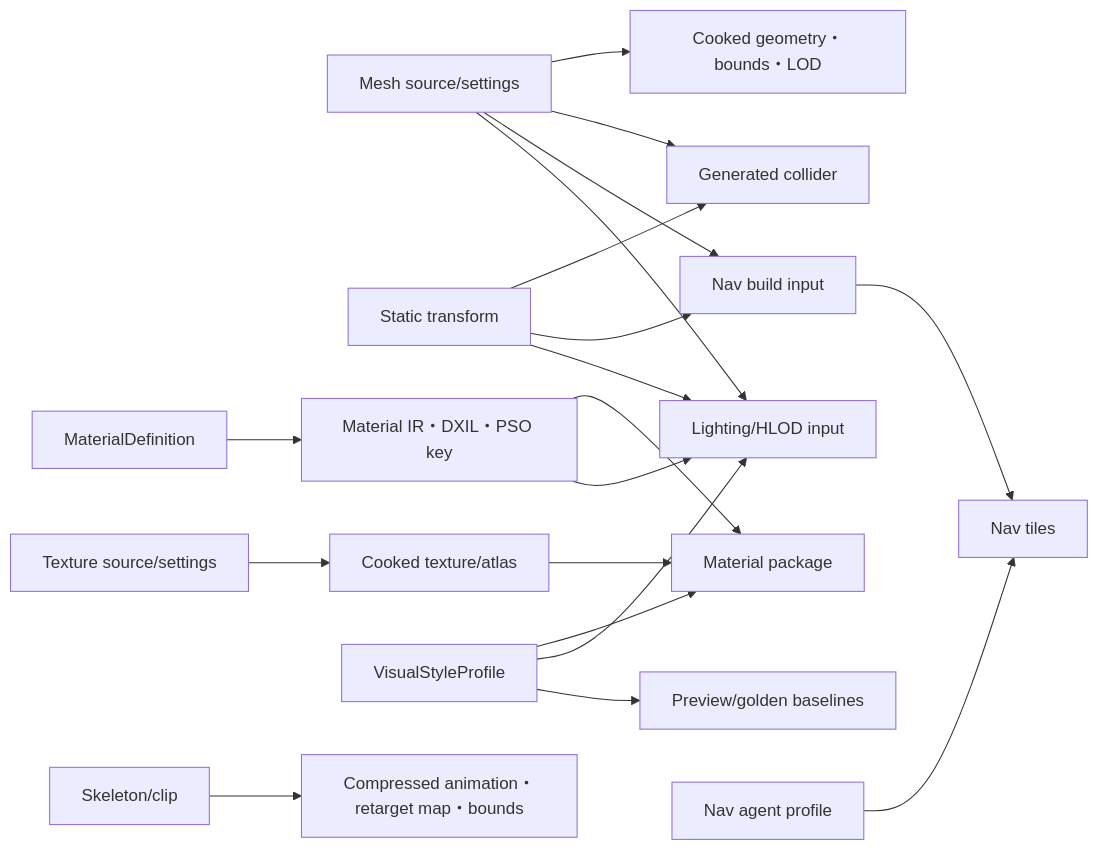
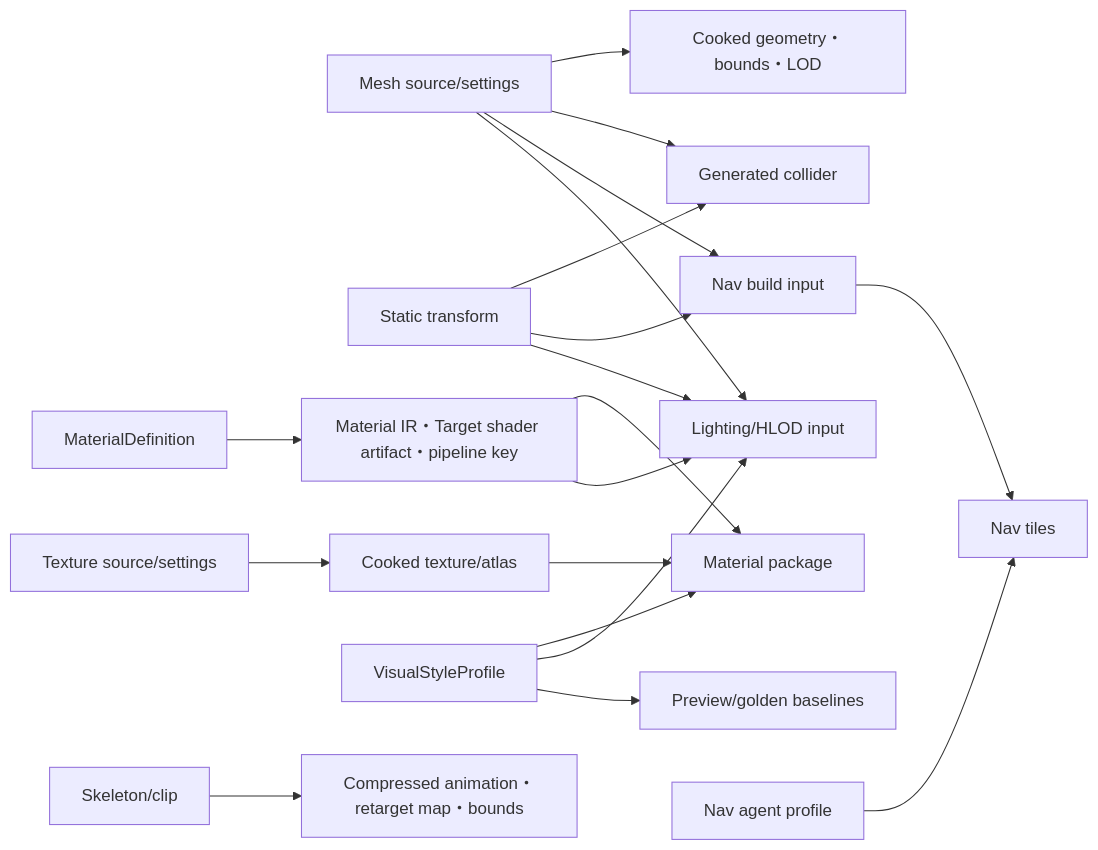
One commit to y2ikgm89/miraikanai-engine changed the second of 2 diagrams in docs/superpowers/specs/2026-07-19-runtime-integration-lifetime-performance-design.md. Above: the diagram before and after it, drawn with Mermaid. The commit also changed other lines of this file and 4 other files, not shown here.

Commit message:
docs: define Android and Apple mobile platform architecture

````diff
--- a/docs/superpowers/specs/2026-07-19-runtime-integration-lifetime-performance-design.md
+++ b/docs/superpowers/specs/2026-07-19-runtime-integration-lifetime-performance-design.md
@@ -618,21 +637,21 @@
 ```mermaid
 flowchart LR
   Mesh["Mesh source/settings"] --> CookedMesh["Cooked geometry・bounds・LOD"]
   Mesh --> Collider["Generated collider"]
   Mesh --> NavInput["Nav build input"]
   Mesh --> Lighting["Lighting/HLOD input"]
   StaticTransform["Static transform"] --> Collider
   StaticTransform --> NavInput
   StaticTransform --> Lighting
   Texture["Texture source/settings"] --> CookedTexture["Cooked texture/atlas"]
   CookedTexture --> MaterialPkg["Material package"]
-  Material["MaterialDefinition"] --> MaterialIR["Material IR・DXIL・PSO key"]
+  Material["MaterialDefinition"] --> MaterialIR["Material IR・Target shader artifact・pipeline key"]
   MaterialIR --> MaterialPkg
   MaterialIR --> Lighting
   Style["VisualStyleProfile"] --> MaterialPkg
   Style --> Lighting
   Style --> Preview["Preview/golden baselines"]
   Skeleton["Skeleton/clip"] --> AnimPkg["Compressed animation・retarget map・bounds"]
   Agent["Nav agent profile"] --> NavTiles["Nav tiles"]
   NavInput --> NavTiles
 ```
````
